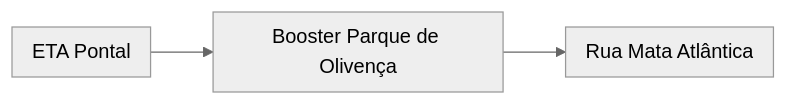
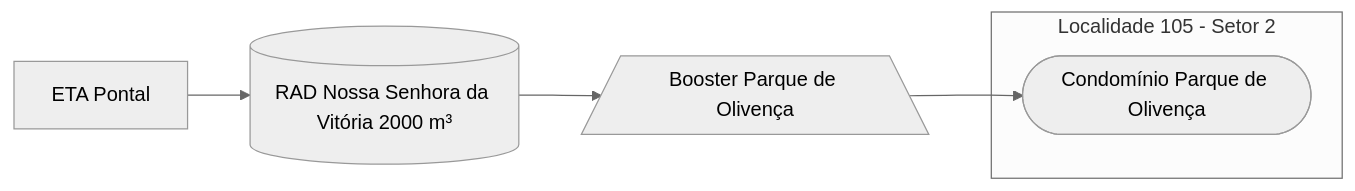
One commit to iagovls/CCO-Documentation changed the diagram in ETA Pontal/Booster Parque de Olivença.md. Above: the diagram before and after it, drawn with Mermaid (neutral theme). The commit also changed other lines of this file, not shown here.

Commit message:
Update Booster Parque de Olivença.md

````diff
--- a/ETA Pontal/Booster Parque de Olivença.md
+++ b/ETA Pontal/Booster Parque de Olivença.md
@@ -20,14 +20,17 @@
 ```mermaid
 flowchart LR
-    subgraph ETA["ETA Pontal"]
+    ETA["ETA Pontal"]
+    RADNSV[(RAD Nossa Senhora da Vitória 2000 m³)]
+
+    BoosterParqueDeOlivenca[/"Booster Parque de Olivença"\]
+    
+
+    ParqueDeOlivenca(["Condomínio Parque de Olivença"])
+    
+    ETA --> RADNSV
+    RADNSV --> BoosterParqueDeOlivenca
+    BoosterParqueDeOlivenca --> ParqueDeOlivenca
+    subgraph Loc105-Setor2 [Localidade 105 - Setor 2]
+      ParqueDeOlivenca
     end
-
-    subgraph B1["Booster Parque de Olivença"]
-    end    
-
-    subgraph Bairro["Rua Mata Atlântica"]
-    end
-
-    ETA --> B1
-    B1 --> Bairro
 ```
````
